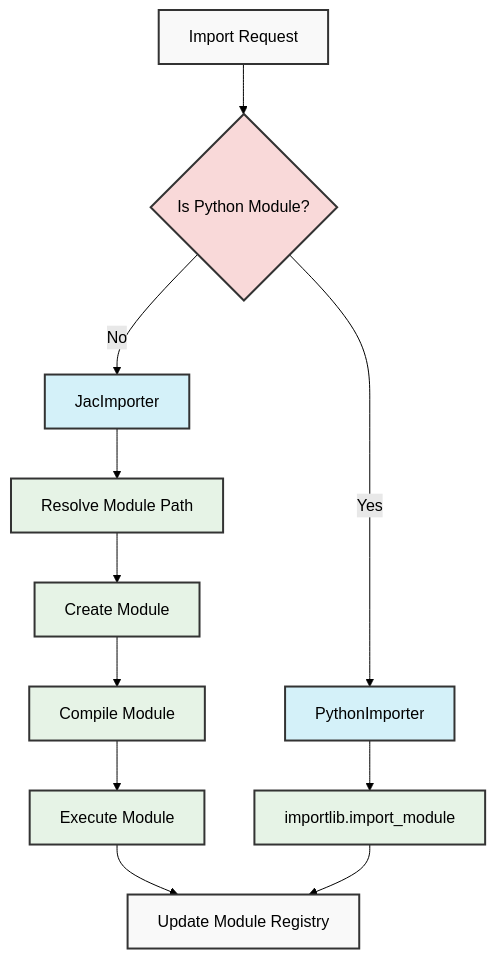
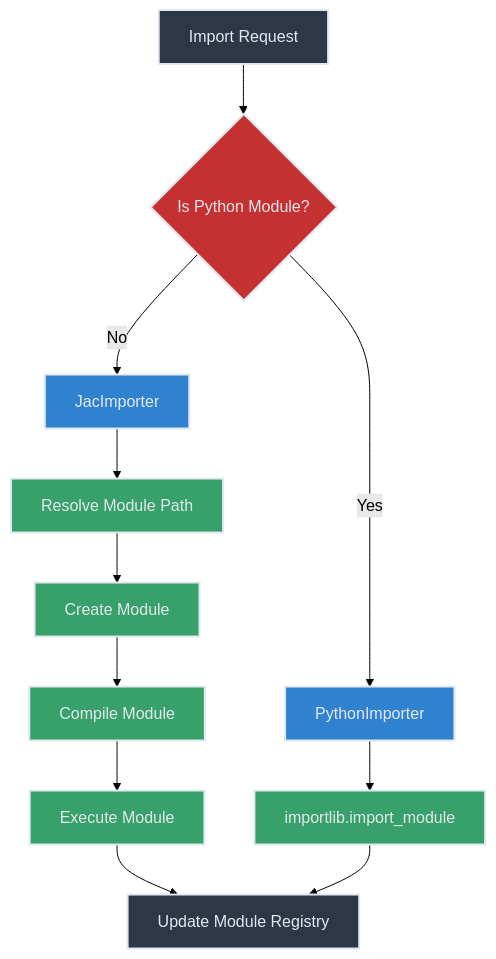
Before and after one commit to Jaseci-Labs/jaseci: the seventh of 13 diagrams in jac/support/jac-lang.org/docs/for_contributors/internals.md, drawn with Mermaid (forest theme). The commit also changed other lines of this file, not shown here.

````diff
--- a/jac/support/jac-lang.org/docs/for_contributors/internals.md
+++ b/jac/support/jac-lang.org/docs/for_contributors/internals.md
@@ -458,24 +458,24 @@
 ```mermaid
 flowchart TD
     A[Import Request] --> B{Is Python Module?}
     B -->|Yes| C[PythonImporter]
     B -->|No| D[JacImporter]
     C --> E[importlib.import_module]
     D --> F[Resolve Module Path]
     F --> G[Create Module]
     G --> H[Compile Module]
     H --> I[Execute Module]
     I --> J[Update Module Registry]
     E --> J
 
-    style A fill:#f9f9f9,stroke:#333,stroke-width:2px
-    style B fill:#f9d9d9,stroke:#333,stroke-width:2px
-    style C fill:#d4f1f9,stroke:#333,stroke-width:2px
-    style D fill:#d4f1f9,stroke:#333,stroke-width:2px
-    style E fill:#e6f3e6,stroke:#333,stroke-width:2px
-    style F fill:#e6f3e6,stroke:#333,stroke-width:2px
-    style G fill:#e6f3e6,stroke:#333,stroke-width:2px
-    style H fill:#e6f3e6,stroke:#333,stroke-width:2px
-    style I fill:#e6f3e6,stroke:#333,stroke-width:2px
-    style J fill:#f9f9f9,stroke:#333,stroke-width:2px
+    style A fill:#2d3748,stroke:#e2e8f0,stroke-width:2px,color:#e2e8f0
+    style B fill:#c53030,stroke:#e2e8f0,stroke-width:2px,color:#e2e8f0
+    style C fill:#3182ce,stroke:#e2e8f0,stroke-width:2px,color:#e2e8f0
+    style D fill:#3182ce,stroke:#e2e8f0,stroke-width:2px,color:#e2e8f0
+    style E fill:#38a169,stroke:#e2e8f0,stroke-width:2px,color:#e2e8f0
+    style F fill:#38a169,stroke:#e2e8f0,stroke-width:2px,color:#e2e8f0
+    style G fill:#38a169,stroke:#e2e8f0,stroke-width:2px,color:#e2e8f0
+    style H fill:#38a169,stroke:#e2e8f0,stroke-width:2px,color:#e2e8f0
+    style I fill:#38a169,stroke:#e2e8f0,stroke-width:2px,color:#e2e8f0
+    style J fill:#2d3748,stroke:#e2e8f0,stroke-width:2px,color:#e2e8f0
 ```
````
